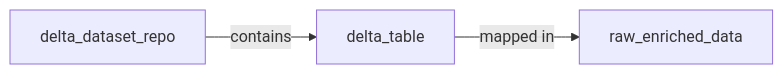
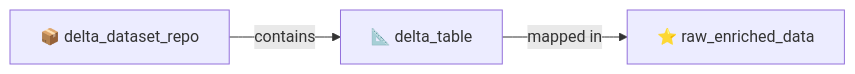
One commit to ThanuMahee12/AgentContext changed diagram 16 of 22 in docs/brainstorms/investigation-db.md. Above: the diagram before and after it, drawn with Mermaid. The commit also changed other lines of this file, not shown here.

Commit message:
docs: use Unicode emojis for mermaid diagram support

````diff
--- a/docs/brainstorms/investigation-db.md
+++ b/docs/brainstorms/investigation-db.md
@@ -467,5 +467,5 @@
 ```mermaid
 flowchart LR
-    R["delta_dataset_repo"] -->|contains| T["delta_table"]
-    T -->|mapped in| D["raw_enriched_data"]
+    R["📦 delta_dataset_repo"] -->|contains| T["📐 delta_table"]
+    T -->|mapped in| D["⭐ raw_enriched_data"]
 ```
````
